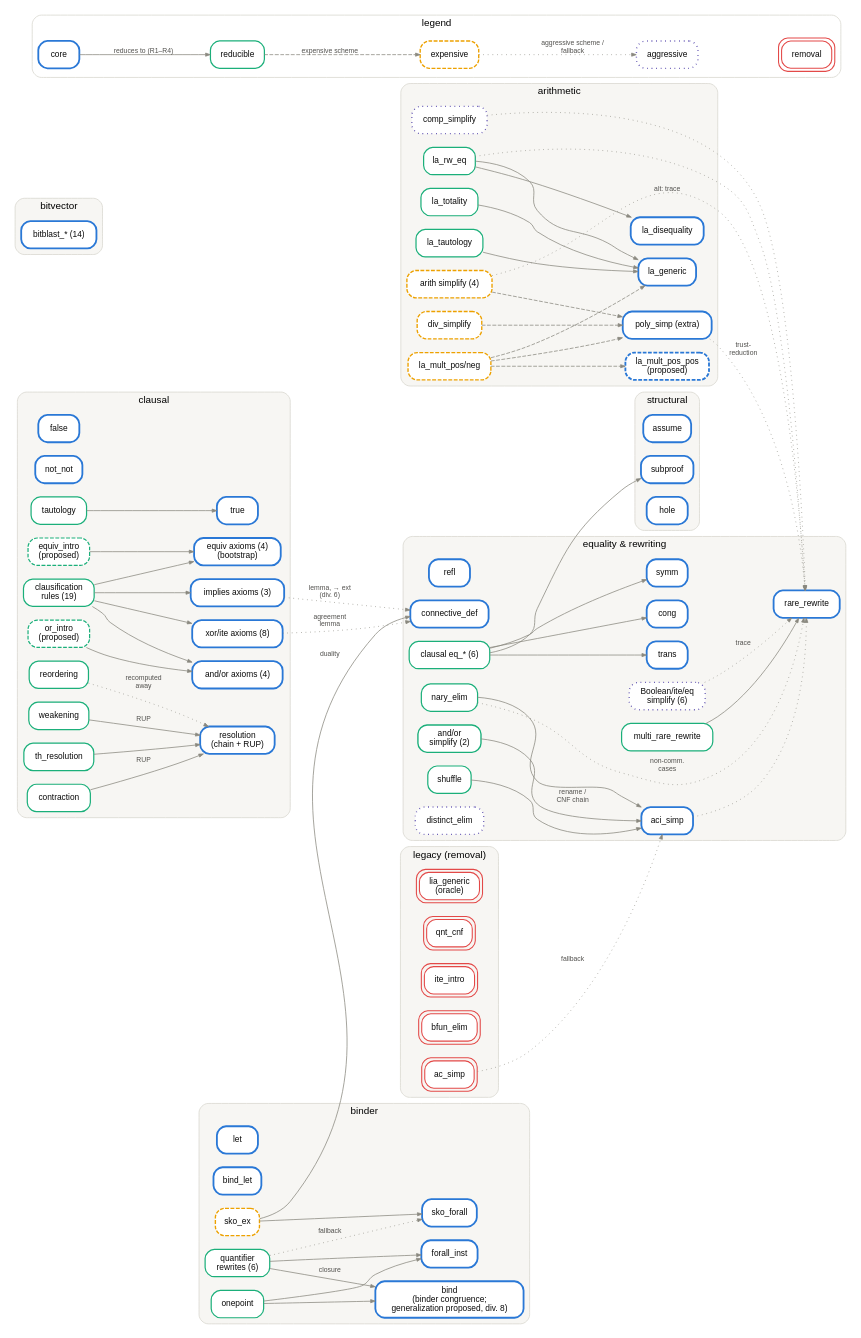
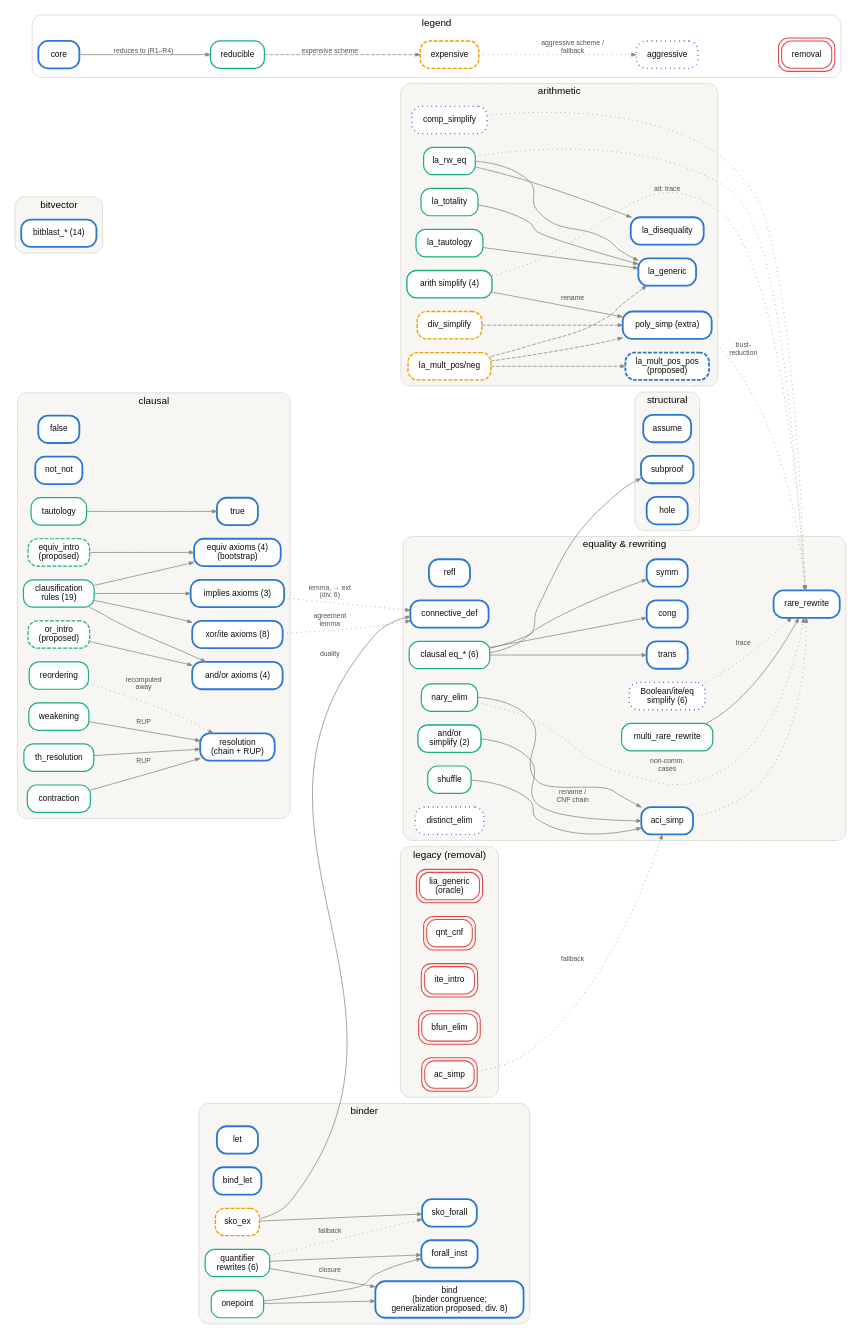
The diagram in docs/src/core/reduction-graph.dot (HanielB/carcara), drawn with Graphviz before and after one commit. The commit also changed 4 other files, not shown here.

First line of the commit message:
Reclassify the arithmetic simplify bundle in the docs

```diff
--- a/docs/src/core/reduction-graph.dot
+++ b/docs/src/core/reduction-graph.dot
@@ -89,7 +89,7 @@
     la_mult    [URL="classification.html#ex-la-mult-pos", target="_self", tooltip="la_mult_pos:  ▷ (t1 > 0 ∧ t2 ⋈ t3) → t1·t2 ⋈ t1·t3\nla_mult_neg:  ▷ (t1 < 0 ∧ t2 ⋈ t3) → t1·t2 ⋈⁻¹ t1·t3", label="la_mult_pos/neg", color="#eda100", penwidth=1.8, style="rounded,filled,dashed"];
     la_disequality [URL="classification.html#arithmetic", target="_self", tooltip="▷ (t1 ≈ t2) ∨ ¬(t1 ≤ t2) ∨ ¬(t2 ≤ t1)\nthe [antisym] order-antisymmetry axiom", color="#2a78d6", penwidth=2.4];
     la_rw_eq   [URL="classification.html#ex-la-rw-eq", target="_self", tooltip="▷ (t ≈ u) ≈ (t ≤ u ∧ u ≤ t)", color="#1baf7a", penwidth=1.6];
-    arith_simp [URL="classification.html#arithmetic", target="_self", tooltip="Γ ▷ t ≈ u\nconstant folding and collection for +, *, unary/binary −", label="arith simplify (4)", color="#eda100", penwidth=1.8, style="rounded,filled,dashed"];
+    arith_simp [URL="classification.html#arithmetic", target="_self", tooltip="Γ ▷ t ≈ u\nconstant folding and collection for +, *, unary/binary −", label="arith simplify (4)", color="#1baf7a", penwidth=1.8, style="rounded,filled"];
     div_simplify [URL="classification.html#arithmetic", target="_self", tooltip="Γ ▷ t/t ≈ 1;  t/1 ≈ t;  constant division evaluated", color="#eda100", penwidth=1.8, style="rounded,filled,dashed"];
     comp_simplify [URL="classification.html#arithmetic", target="_self", tooltip="Γ ▷ (t1 ⋈ t2) ≈ ψ\nfixpoint of the comparison rewrites (⋈ ∈ {<, >, ≤, ≥})", color="#4a3aa7", penwidth=1.8, style="rounded,filled,dotted"];
   }
@@ -137,7 +137,7 @@
   la_rw_eq -> la_disequality;
   la_rw_eq -> la_generic;
   la_rw_eq -> rare_rewrite [style=dotted];
-  arith_simp -> poly_simp [style=dashed];
+  arith_simp -> poly_simp [label="rename"];
   arith_simp -> rare_rewrite [style=dotted, label="alt: trace"];
   div_simplify -> poly_simp [style=dashed];
 
```
